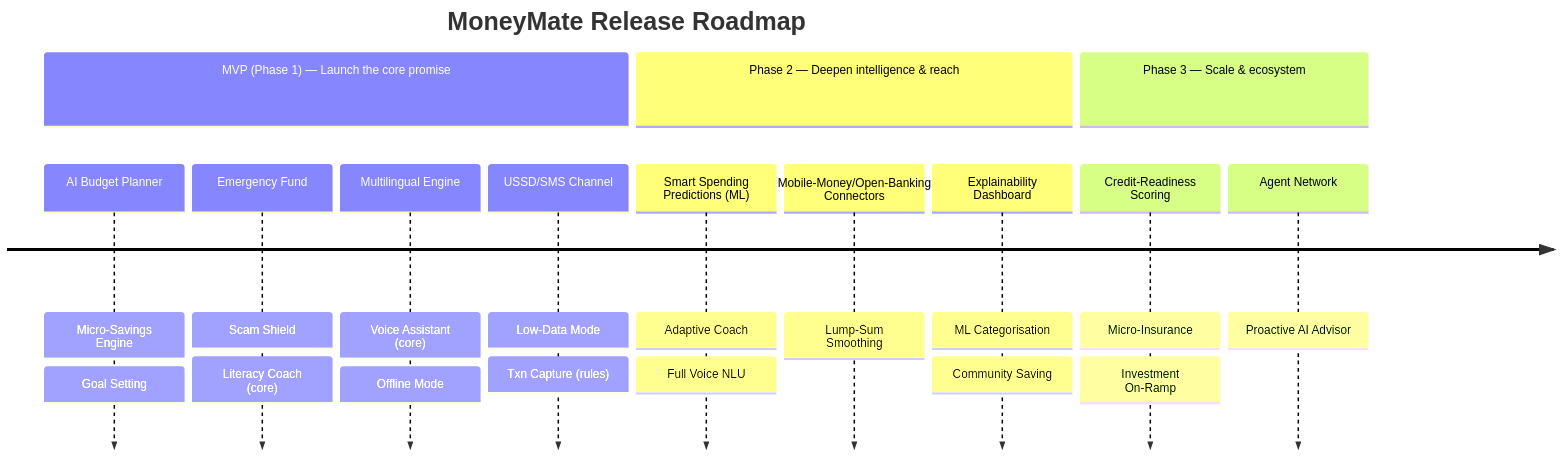
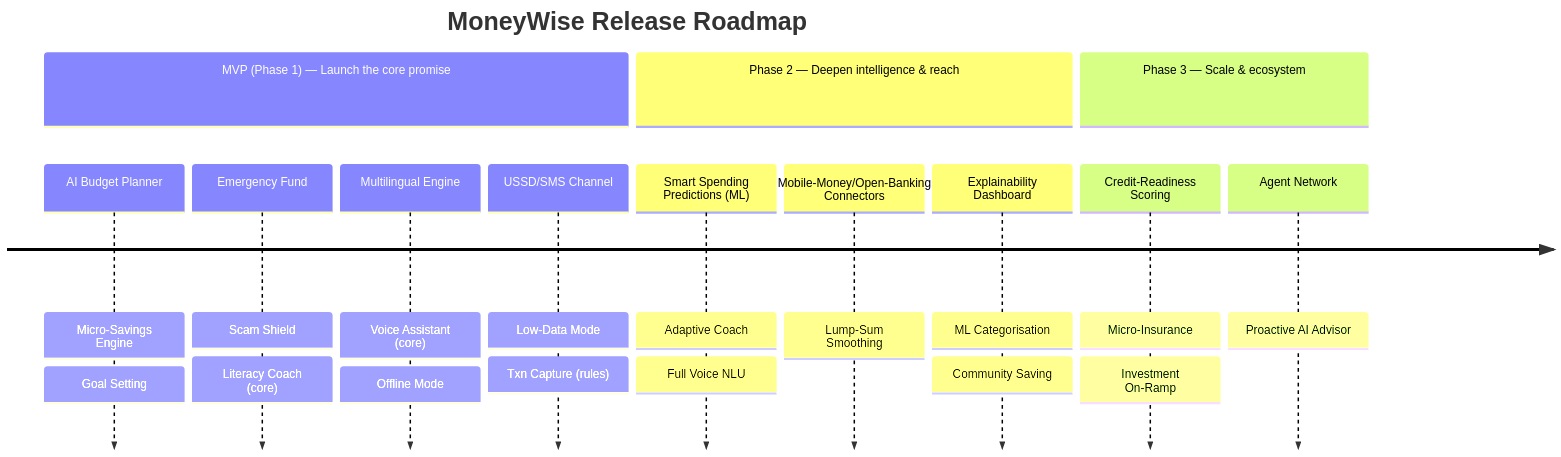
Before and after one commit to lnqabash/MoneyWise: the diagram in docs/04-feature-list.md, drawn with Mermaid. The commit also changed 18 other files, not shown here.

Commit message:
Rebrand user-facing name MoneyMate -> MoneyWise; team Digital Jabari

````diff
--- a/docs/04-feature-list.md
+++ b/docs/04-feature-list.md
@@ -114,16 +114,16 @@
 ```mermaid
 timeline
-    title MoneyMate Release Roadmap
+    title MoneyWise Release Roadmap
     section MVP (Phase 1) — Launch the core promise
         AI Budget Planner : Micro-Savings Engine : Goal Setting
         Emergency Fund : Scam Shield : Literacy Coach (core)
         Multilingual Engine : Voice Assistant (core) : Offline Mode
         USSD/SMS Channel : Low-Data Mode : Txn Capture (rules)
     section Phase 2 — Deepen intelligence & reach
         Smart Spending Predictions (ML) : Adaptive Coach : Full Voice NLU
         Mobile-Money/Open-Banking Connectors : Lump-Sum Smoothing
         Explainability Dashboard : ML Categorisation : Community Saving
     section Phase 3 — Scale & ecosystem
         Credit-Readiness Scoring : Micro-Insurance : Investment On-Ramp
         Agent Network : Proactive AI Advisor
 ```
````
